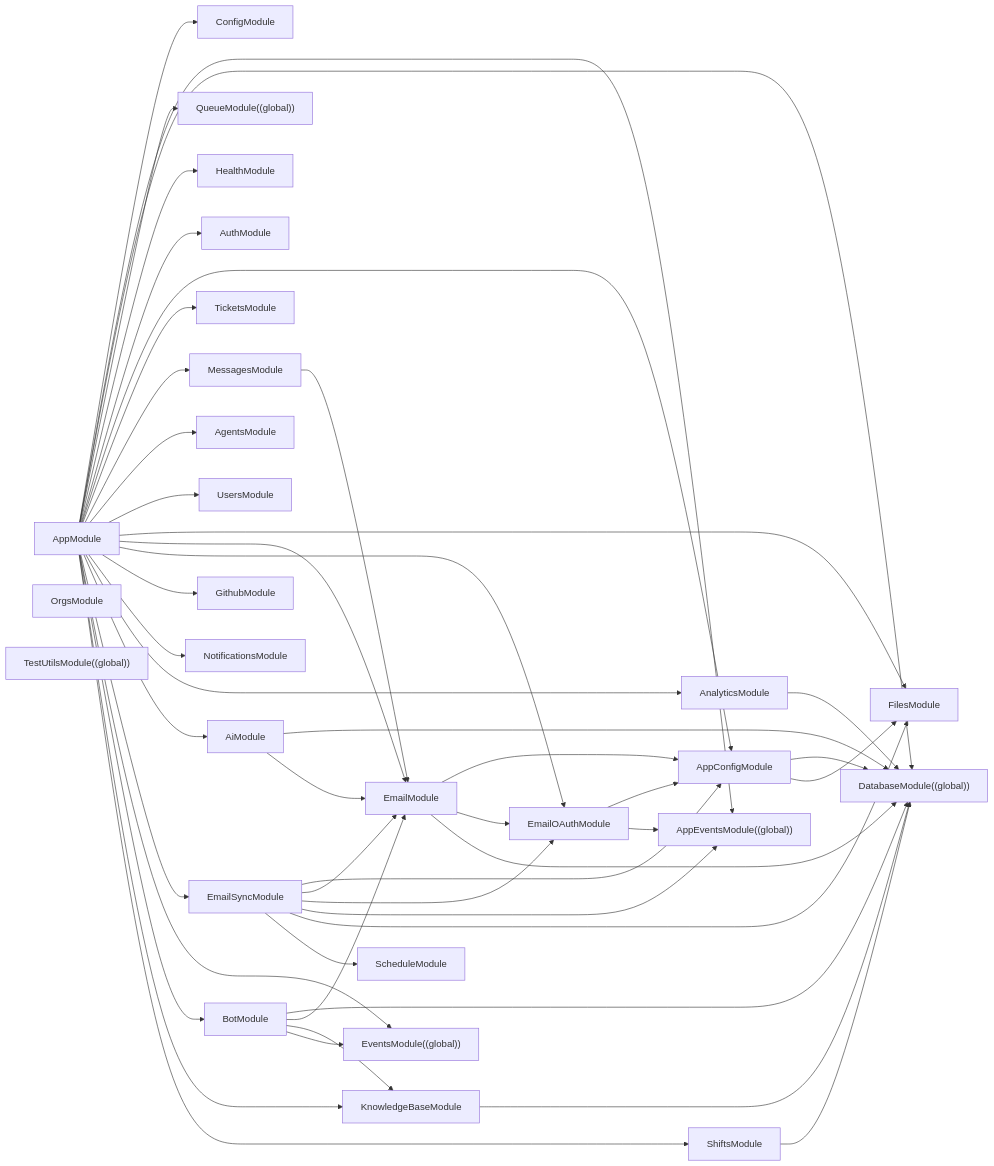
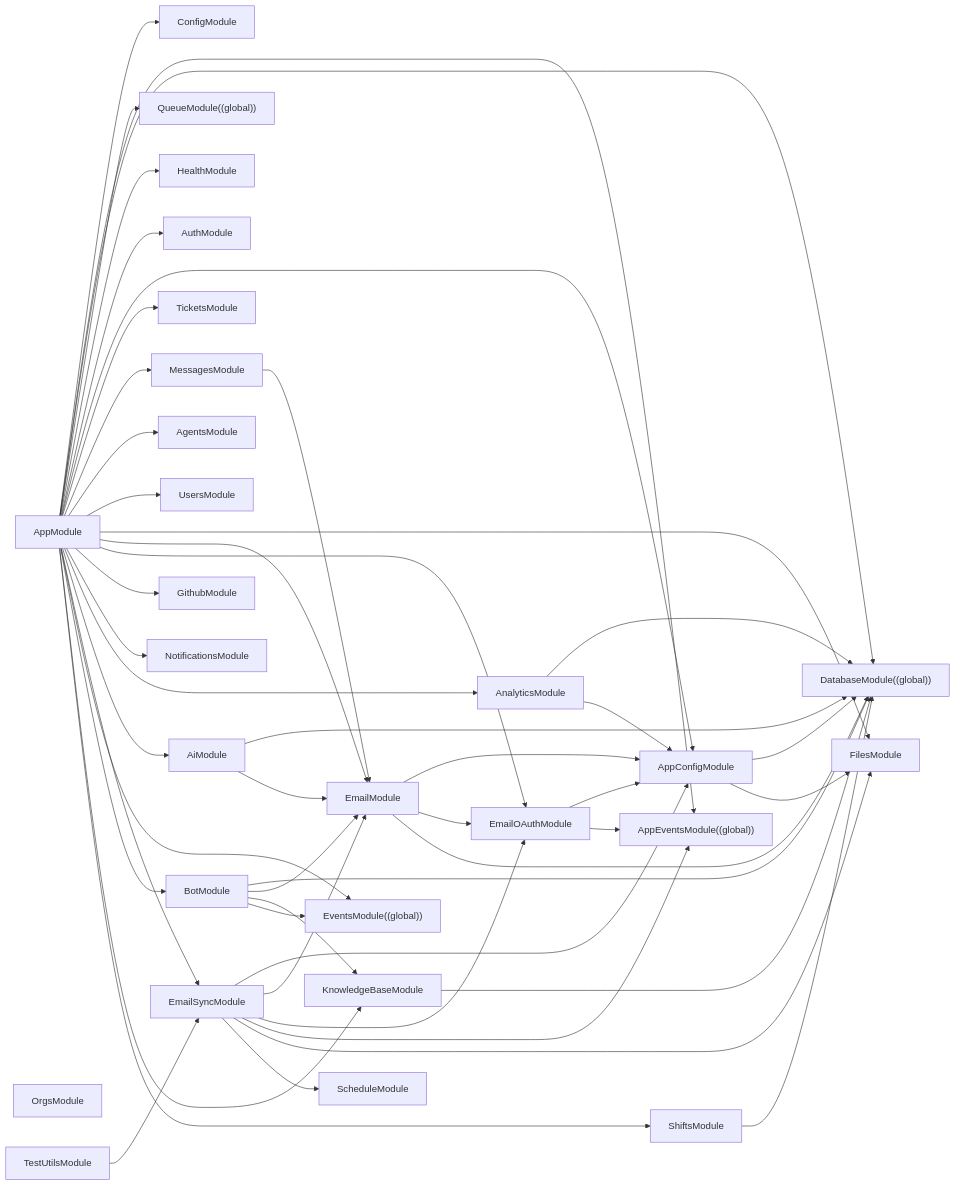
The diagram in docs/atlas/_generated/module-graph.md (Vignesh-Siva96/tmr_athena), drawn with Mermaid before and after one commit. The commit also changed other lines of this file and 77 other files, not shown here.

Commit message:
feat(MCP): Dashboard improvements and portal auth flow implemented

````diff
--- a/docs/atlas/_generated/module-graph.md
+++ b/docs/atlas/_generated/module-graph.md
@@ -9,63 +9,64 @@
 ```mermaid
 flowchart LR
   AgentsModule["AgentsModule"]
   AiModule --> DatabaseModule
   AiModule --> EmailModule
   AnalyticsModule --> DatabaseModule
+  AnalyticsModule --> AppConfigModule
   AppConfigModule --> DatabaseModule
   AppConfigModule --> FilesModule
   AppEventsModule["AppEventsModule((global))"]
   AppModule --> ConfigModule
   AppModule --> AppEventsModule
   AppModule --> DatabaseModule
   AppModule --> QueueModule
   AppModule --> HealthModule
   AppModule --> AuthModule
   AppModule --> AppConfigModule
   AppModule --> TicketsModule
   AppModule --> MessagesModule
   AppModule --> AgentsModule
   AppModule --> UsersModule
   AppModule --> FilesModule
   AppModule --> EmailModule
   AppModule --> EmailOAuthModule
   AppModule --> GithubModule
   AppModule --> NotificationsModule
   AppModule --> AnalyticsModule
   AppModule --> AiModule
   AppModule --> EmailSyncModule
   AppModule --> EventsModule
   AppModule --> BotModule
   AppModule --> KnowledgeBaseModule
   AppModule --> ShiftsModule
   AuthModule["AuthModule"]
   BotModule --> DatabaseModule
   BotModule --> EmailModule
   BotModule --> KnowledgeBaseModule
   BotModule --> EventsModule
   DatabaseModule["DatabaseModule((global))"]
   EmailModule --> AppConfigModule
   EmailModule --> EmailOAuthModule
   EmailModule --> DatabaseModule
   EmailOAuthModule --> AppConfigModule
   EmailOAuthModule --> AppEventsModule
   EmailSyncModule --> AppConfigModule
   EmailSyncModule --> EmailModule
   EmailSyncModule --> EmailOAuthModule
   EmailSyncModule --> AppEventsModule
   EmailSyncModule --> FilesModule
   EmailSyncModule --> ScheduleModule
   EventsModule["EventsModule((global))"]
   FilesModule["FilesModule"]
   GithubModule["GithubModule"]
   HealthModule["HealthModule"]
   KnowledgeBaseModule --> DatabaseModule
   MessagesModule --> EmailModule
   NotificationsModule["NotificationsModule"]
   OrgsModule["OrgsModule"]
   QueueModule["QueueModule((global))"]
   ShiftsModule --> DatabaseModule
-  TestUtilsModule["TestUtilsModule((global))"]
+  TestUtilsModule --> EmailSyncModule
   TicketsModule["TicketsModule"]
   UsersModule["UsersModule"]
 ```
````
